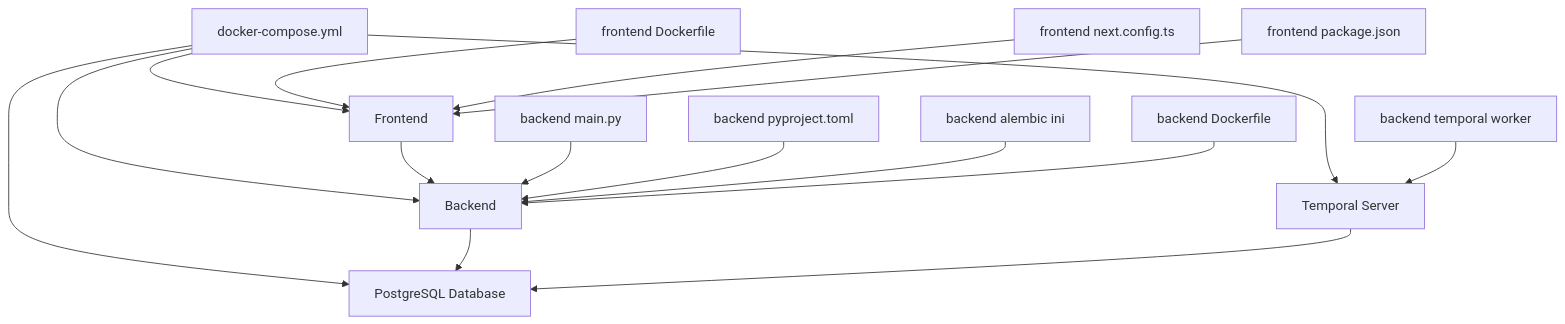
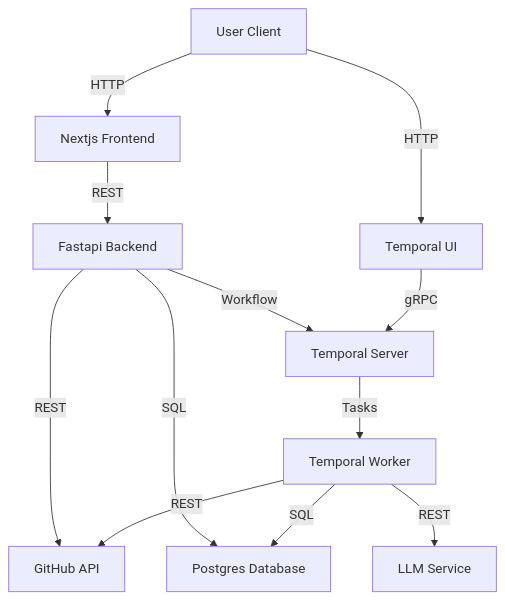
Before and after one commit to shrikanthv15/Git-Repo-Organizer: the diagram in README.md, drawn with Mermaid. The commit also changed other lines of this file, not shown here.

````diff
--- a/README.md
+++ b/README.md
@@ -9,32 +17,24 @@
 ```mermaid
 graph TD
-  Backend[Backend]
-  Frontend[Frontend]
+  User[User Client]
+  Frontend[Nextjs Frontend]
+  Backend[Fastapi Backend]
+  Github[GitHub API]
   Temporal[Temporal Server]
-  Database[PostgreSQL Database]
-  DockerCompose[docker-compose.yml]
-  BackendMain[backend main.py]
-  BackendPy[backend pyproject.toml]
-  AlembicIni[backend alembic ini]
-  BackendDocker[backend Dockerfile]
-  FrontendDocker[frontend Dockerfile]
-  FrontendNextConfig[frontend next.config.ts]
-  FrontendPkg[frontend package.json]
-  TemporalWorker[backend temporal worker]
+  Worker[Temporal Worker]
+  DB[Postgres Database]
+  LLM[LLM Service]
+  TemporalUI[Temporal UI]
 
-  DockerCompose --> Backend
-  DockerCompose --> Frontend
-  DockerCompose --> Temporal
-  DockerCompose --> Database
-  Backend --> Database
-  Temporal --> Database
-  Frontend --> Backend
-  BackendMain --> Backend
-  BackendPy --> Backend
-  AlembicIni --> Backend
-  BackendDocker --> Backend
-  FrontendDocker --> Frontend
-  FrontendNextConfig --> Frontend
-  FrontendPkg --> Frontend
-  TemporalWorker --> Temporal
+  User -->|HTTP| Frontend
+  Frontend -->|REST| Backend
+  Backend -->|REST| Github
+  Backend -->|SQL| DB
+  Backend -->|Workflow| Temporal
+  Temporal -->|Tasks| Worker
+  Worker -->|SQL| DB
+  Worker -->|REST| Github
+  Worker -->|REST| LLM
+  User -->|HTTP| TemporalUI
+  TemporalUI -->|gRPC| Temporal
 ```
````
